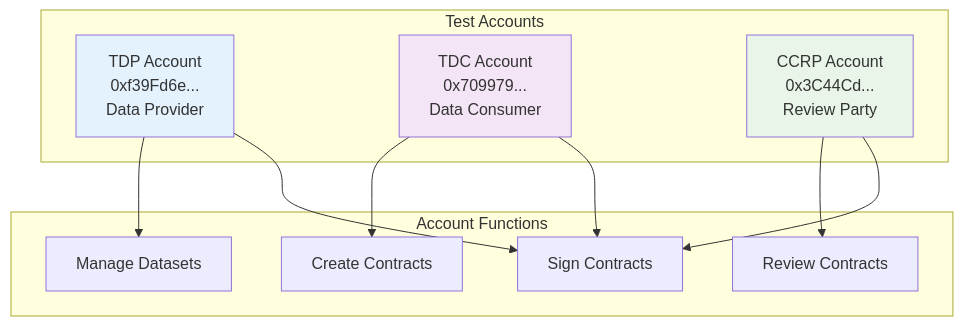
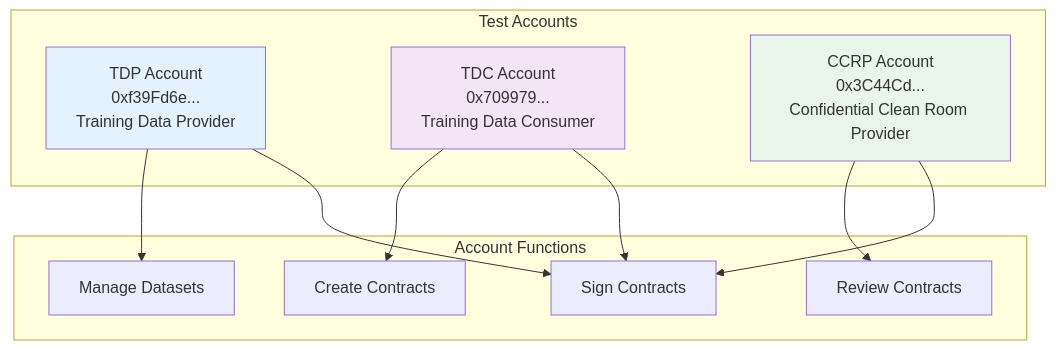
Before and after one commit to gitmujoshi/Confidential-AI-Network: the fourth of 10 diagrams in METAMASK_SETUP_GUIDE.md, drawn with Mermaid. The commit also changed other lines of this file and 5 other files, not shown here.

Commit message:
Fix terminology consistency across all documentation: TDP=Training Data Provider, TDC=Training Data Consumer, CCRP=Confidential Clean Room Provider

````diff
--- a/METAMASK_SETUP_GUIDE.md
+++ b/METAMASK_SETUP_GUIDE.md
@@ -149,26 +149,26 @@
 ```mermaid
 graph TD
     subgraph "Test Accounts"
-        TDP[TDP Account<br/>0xf39Fd6e...<br/>Data Provider]
-        TDC[TDC Account<br/>0x709979...<br/>Data Consumer]
-        CCRP[CCRP Account<br/>0x3C44Cd...<br/>Review Party]
+        TDP[TDP Account<br/>0xf39Fd6e...<br/>Training Data Provider]
+        TDC[TDC Account<br/>0x709979...<br/>Training Data Consumer]
+        CCRP[CCRP Account<br/>0x3C44Cd...<br/>Confidential Clean Room Provider]
     end
     
     subgraph "Account Functions"
         A[Create Contracts]
         B[Sign Contracts]
         C[Review Contracts]
         D[Manage Datasets]
     end
     
     TDP --> D
     TDP --> B
     TDC --> A
     TDC --> B
     CCRP --> C
     CCRP --> B
     
     style TDP fill:#e3f2fd
     style TDC fill:#f3e5f5
     style CCRP fill:#e8f5e8
 ```
````
